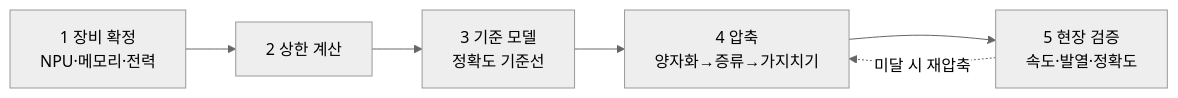
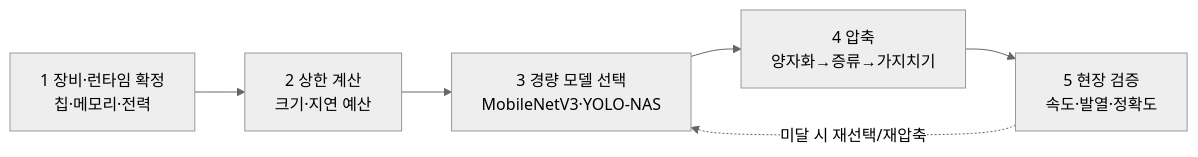
One commit to millim1983/millim1983.github.io changed the diagram in _posts/2026-06-19-ax-05-ondevice-vision-dev-methodology.md. Above: the diagram before and after it, drawn with Mermaid (neutral theme). The commit also changed other lines of this file and 2 other files, not shown here.

````diff
--- a/_posts/2026-06-19-ax-05-ondevice-vision-dev-methodology.md
+++ b/_posts/2026-06-19-ax-05-ondevice-vision-dev-methodology.md
@@ -63,8 +85,8 @@
 ```mermaid
 flowchart LR
-  D1["1 장비 확정<br/>NPU·메모리·전력"] --> D2["2 상한 계산"]
-  D2 --> D3["3 기준 모델<br/>정확도 기준선"]
+  D1["1 장비·런타임 확정<br/>칩·메모리·전력"] --> D2["2 상한 계산<br/>크기·지연 예산"]
+  D2 --> D3["3 경량 모델 선택<br/>MobileNetV3·YOLO-NAS"]
   D3 --> D4["4 압축<br/>양자화→증류→가지치기"]
   D4 --> D5["5 현장 검증<br/>속도·발열·정확도"]
-  D5 -.미달 시 재압축.-> D4
+  D5 -.미달 시 재선택/재압축.-> D3
 ```
````
